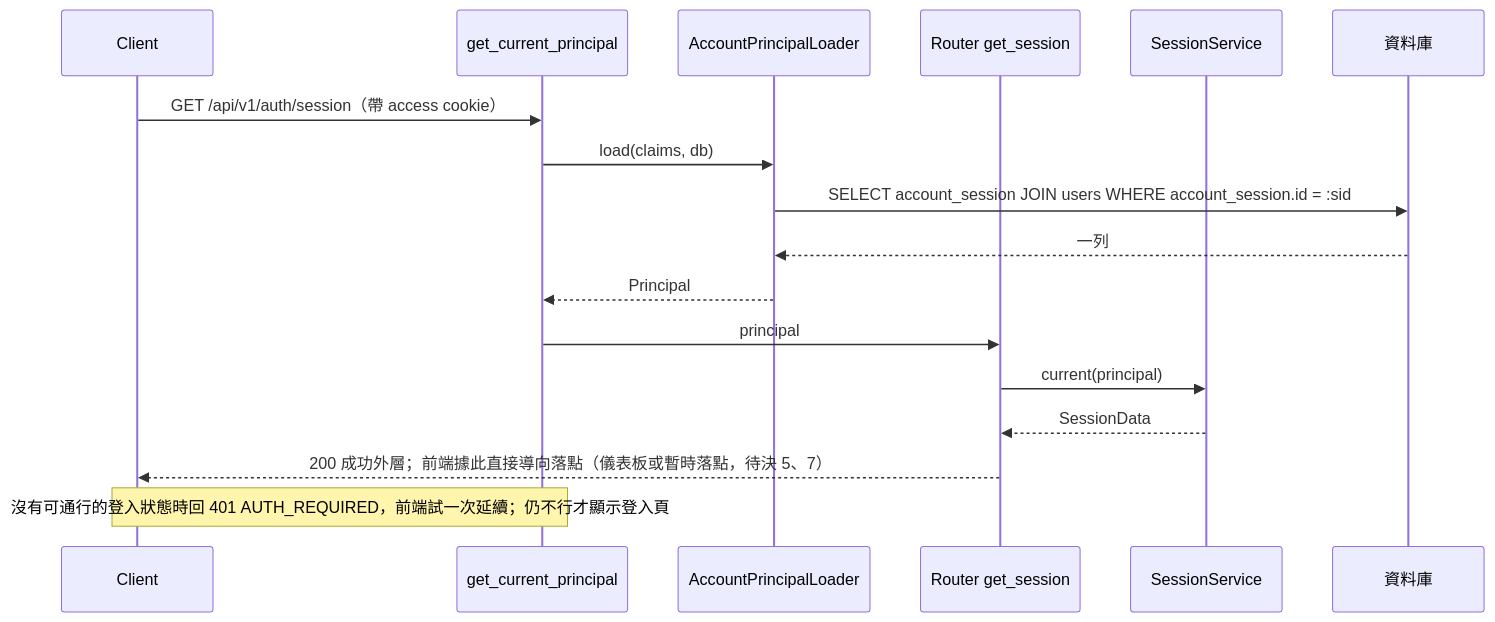
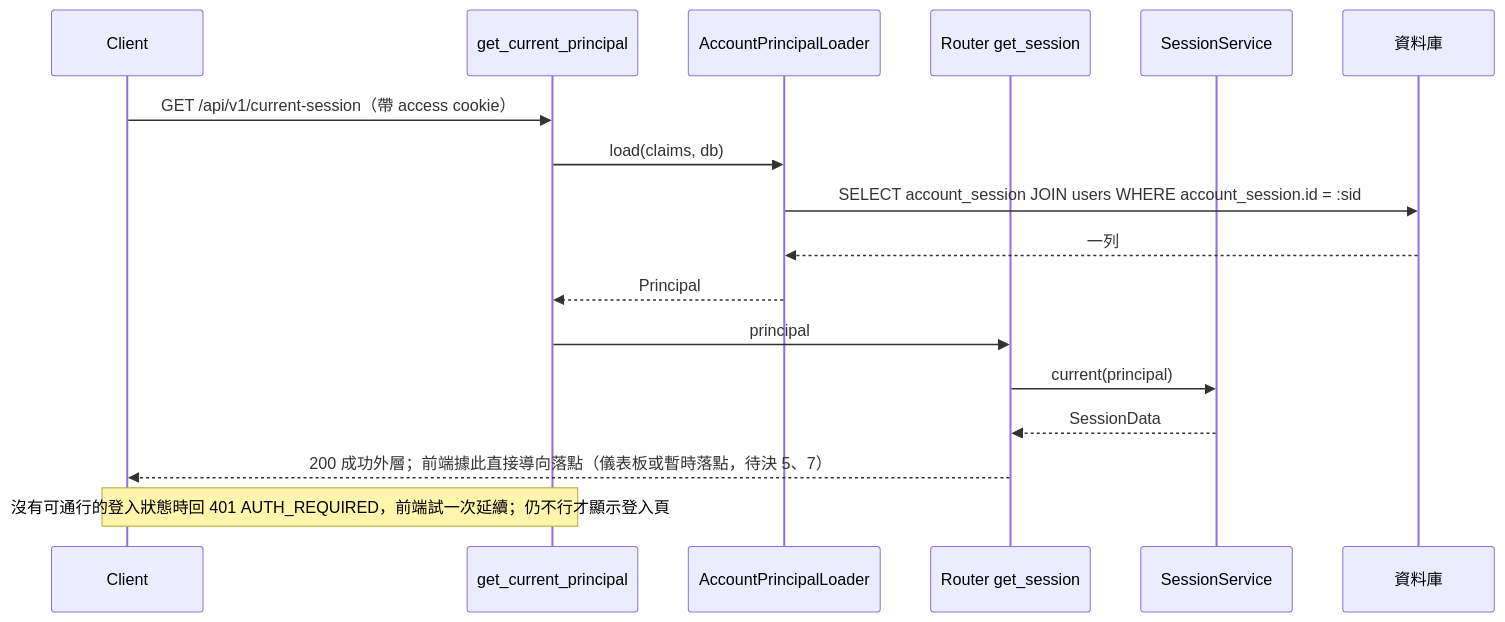
Diagram 17 of 30 in openspec/changes/login-auth-guard/system-design.md (label-suite/label-suite), drawn with Mermaid before and after one commit. The commit also changed other lines of this file and 4 other files, not shown here.

First line of the commit message:
docs: write the api contract for login and auth guard (#719)

````diff
--- a/openspec/changes/login-auth-guard/system-design.md
+++ b/openspec/changes/login-auth-guard/system-design.md
@@ -688,19 +688,19 @@
 ```mermaid
 sequenceDiagram
   participant C as Client
   participant A as get_current_principal
   participant P as AccountPrincipalLoader
   participant R as Router get_session
   participant S as SessionService
   participant DB as 資料庫
-  C->>A: GET /api/v1/auth/session（帶 access cookie）
+  C->>A: GET /api/v1/current-session（帶 access cookie）
   A->>P: load(claims, db)
   P->>DB: SELECT account_session JOIN users WHERE account_session.id = :sid
   DB-->>P: 一列
   P-->>A: Principal
   A->>R: principal
   R->>S: current(principal)
   S-->>R: SessionData
   R-->>C: 200 成功外層；前端據此直接導向落點（儀表板或暫時落點，待決 5、7）
   Note over C,A: 沒有可通行的登入狀態時回 401 AUTH_REQUIRED，前端試一次延續；仍不行才顯示登入頁
 ```
````
